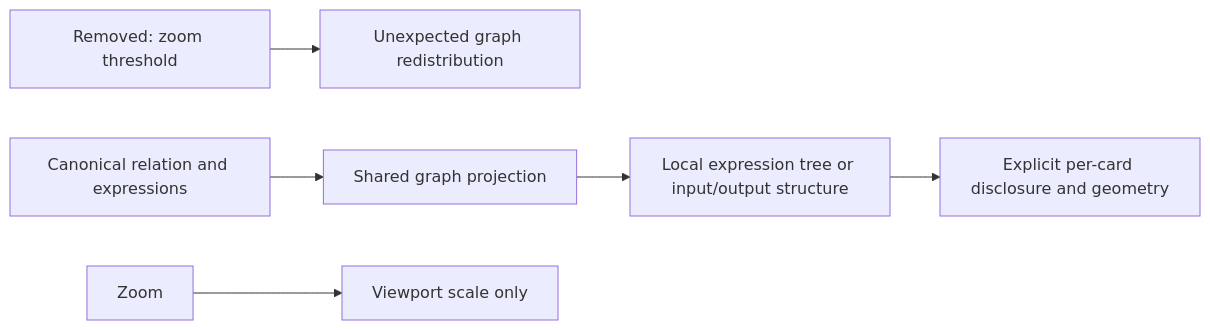
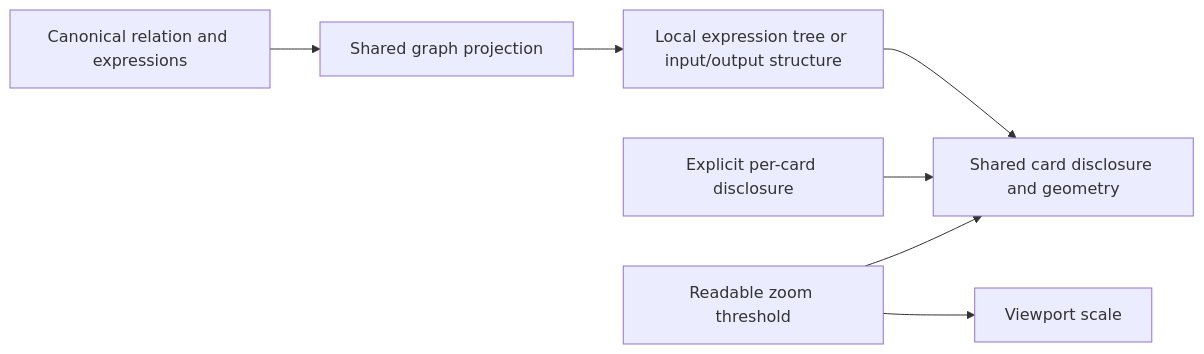
The third of 5 diagrams in docs/planning/proposals/mandatory/frontend-and-ux/semantic-field-transformation-stage-plan-20260925.md (dunay2/dvt), drawn with Mermaid before and after one commit. The commit also changed other lines of this file and 594 other files, not shown here.

````diff
--- a/docs/planning/proposals/mandatory/frontend-and-ux/semantic-field-transformation-stage-plan-20260925.md
+++ b/docs/planning/proposals/mandatory/frontend-and-ux/semantic-field-transformation-stage-plan-20260925.md
@@ -69,8 +69,9 @@
 ```mermaid
 flowchart LR
-  A[Removed: zoom threshold] --> B[Unexpected graph redistribution]
   C[Canonical relation and expressions] --> D[Shared graph projection]
   D --> E[Local expression tree or input/output structure]
-  E --> F[Explicit per-card disclosure and geometry]
-  Z[Zoom] --> V[Viewport scale only]
+  E --> F[Shared card disclosure and geometry]
+  T[Explicit per-card disclosure] --> F
+  Z[Readable zoom threshold] --> F
+  Z --> V[Viewport scale]
 ```
````
